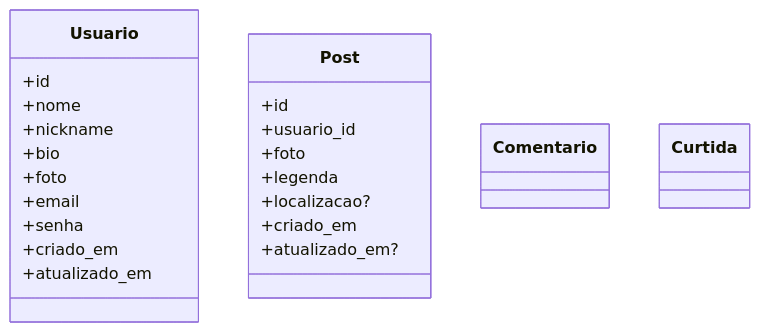
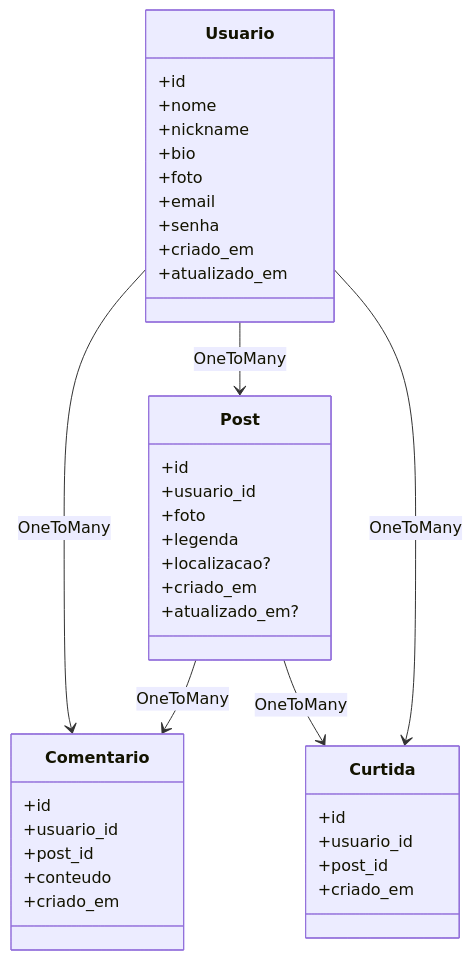
One commit to wullerbarros/api-instagram changed the diagram in README.md. Above: the diagram before and after it, drawn with Mermaid.

Commit message:
estrutura mermaid2

````diff
--- a/README.md
+++ b/README.md
@@ -19,31 +19,44 @@
 ```mermaid
 classDiagram
+    Usuario --> Post: OneToMany
+    Usuario --> Comentario: OneToMany
+    Post --> Comentario: OneToMany
+    Post --> Curtida:OneToMany
+    Usuario --> Curtida: OneToMany
     class Usuario{
         +id
         +nome
         +nickname
         +bio
         +foto
         +email
         +senha
         +criado_em
         +atualizado_em
     }
     class Post{
         +id
         +usuario_id
         +foto
         +legenda
         +localizacao?
         +criado_em
         +atualizado_em?
     }
     class Comentario{
+        +id
+        +usuario_id
+        +post_id
+        +conteudo
+        +criado_em
 
     }
     class Curtida{
-
+        +id
+        +usuario_id
+        +post_id
+        +criado_em
     }
 
 
 ```
````
